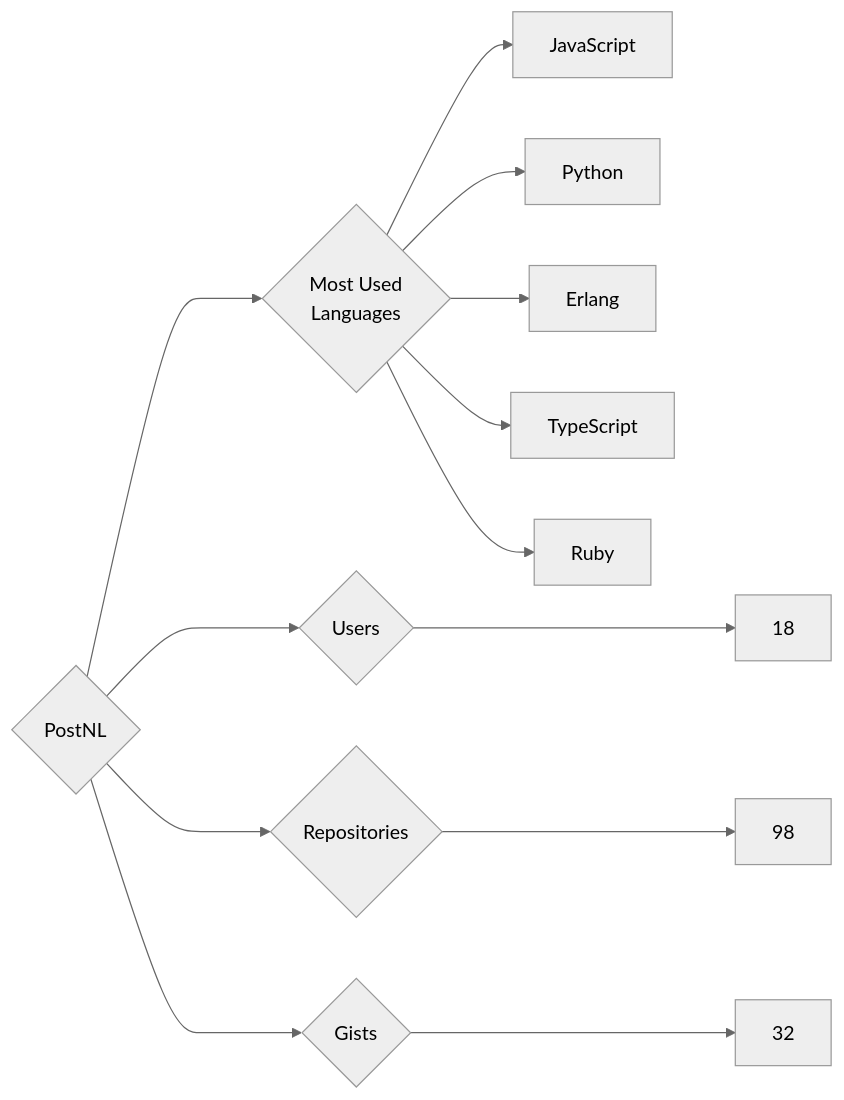
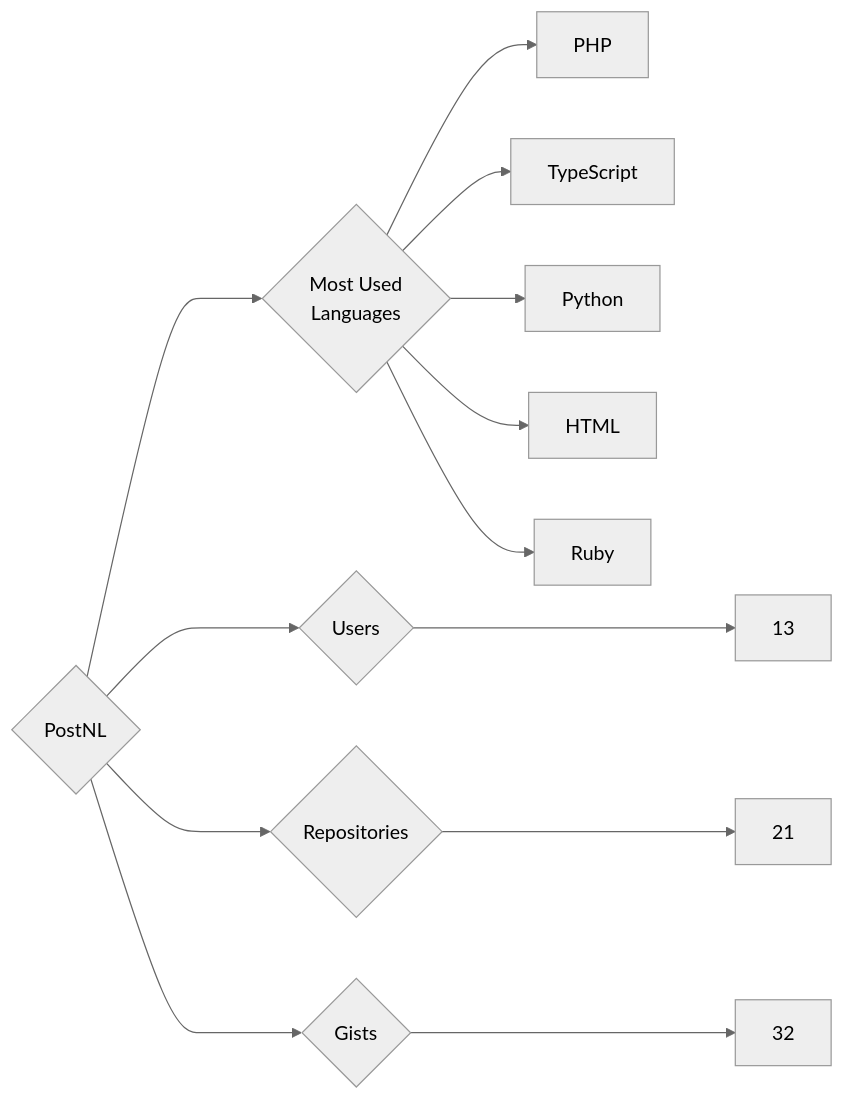
One commit to trickest/insiders changed the diagram in targets/PostNL/README.md. Above: the diagram before and after it, drawn with Mermaid (neutral theme). The commit also changed 582 other files, not shown here.

````diff
--- a/targets/PostNL/README.md
+++ b/targets/PostNL/README.md
@@ -3,13 +3,13 @@
 ```mermaid
 graph LR
 COMPANY_NAME{PostNL}
-COMPANY_NAME ---> U{Users} ---> UN[18]
-COMPANY_NAME ---> R{Repositories} ---> RN[98]
+COMPANY_NAME ---> U{Users} ---> UN[13]
+COMPANY_NAME ---> R{Repositories} ---> RN[21]
 COMPANY_NAME ---> G{Gists} ---> GN[32]
 COMPANY_NAME ---> ML{Most Used<br>Languages}
-ML --> JavaScript[JavaScript]
+ML --> PHP[PHP]
+ML --> TypeScript[TypeScript]
 ML --> Python[Python]
-ML --> Erlang[Erlang]
-ML --> TypeScript[TypeScript]
+ML --> HTML[HTML]
 ML --> Ruby[Ruby]
 ```
````
